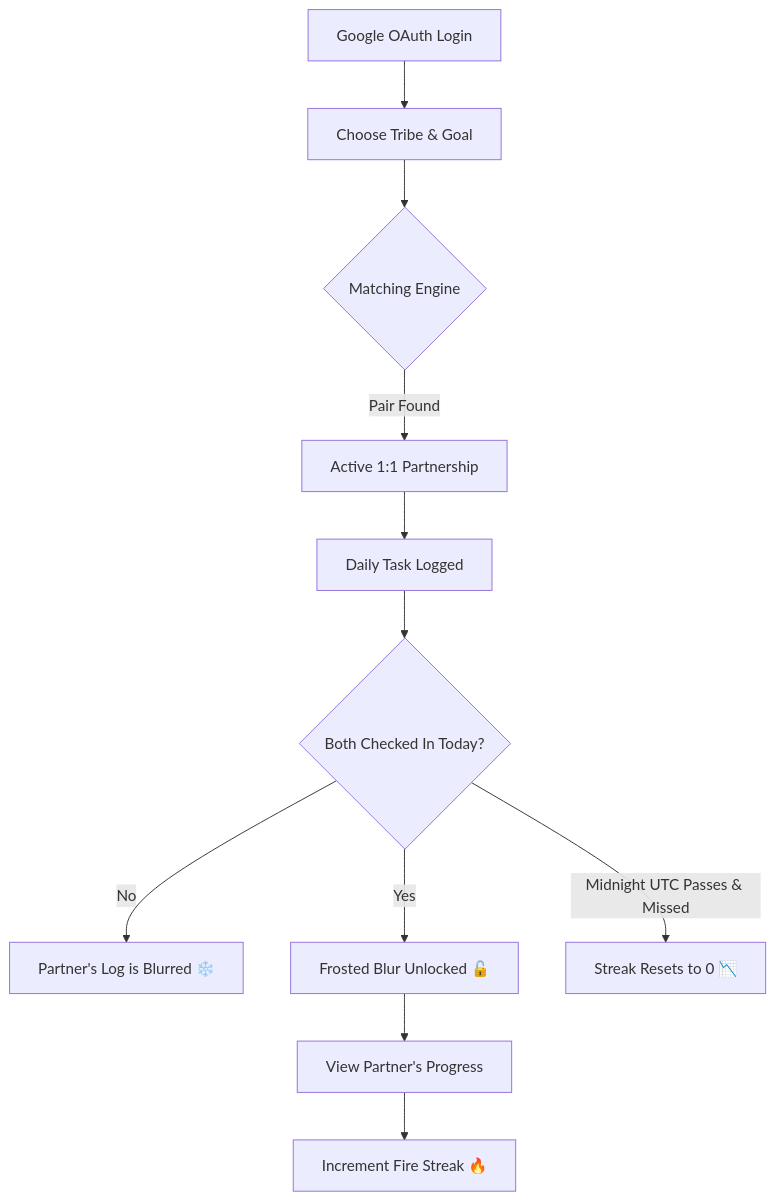
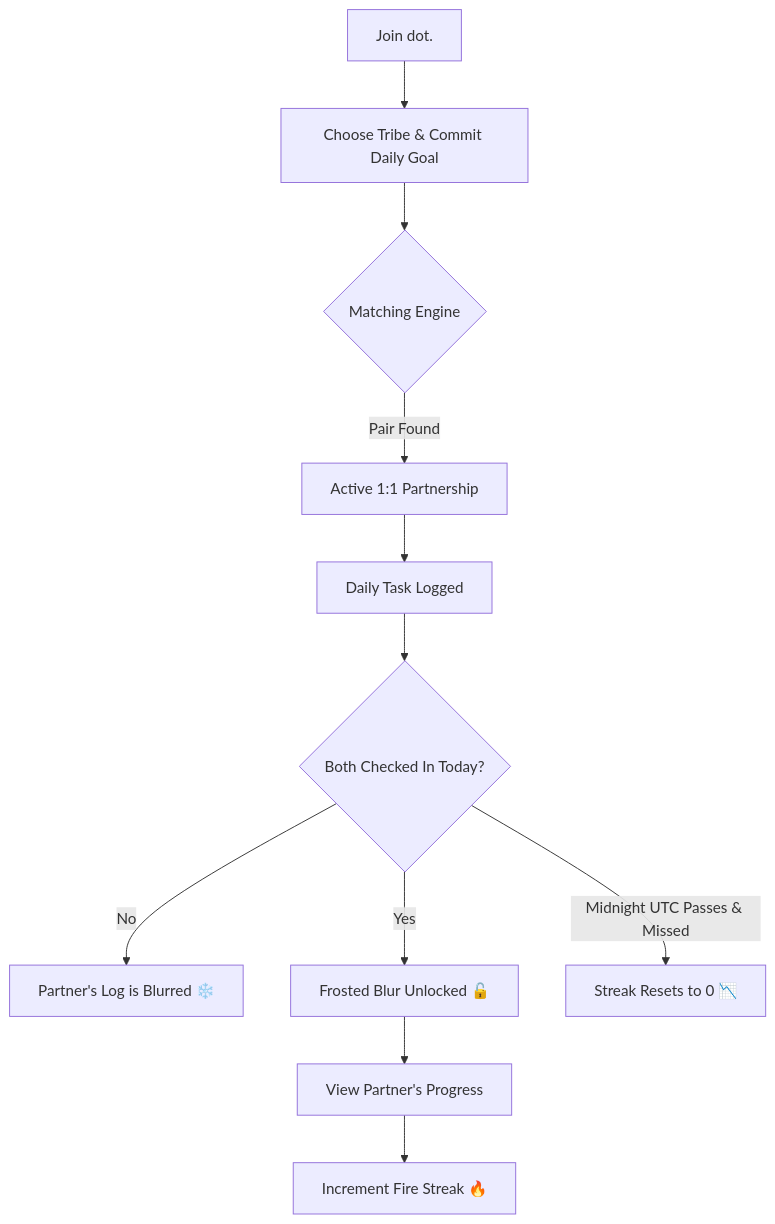
Before and after one commit to subxm/dot: the diagram in README.md, drawn with Mermaid. The commit also changed other lines of this file, not shown here.

````diff
--- a/README.md
+++ b/README.md
@@ -42,13 +35,13 @@
 ```mermaid
 flowchart TD
-    A[Google OAuth Login] --> B[Choose Tribe & Goal]
+    A[Join dot.] --> B[Choose Tribe & Commit Daily Goal]
     B --> C{Matching Engine}
     C -->|Pair Found| D[Active 1:1 Partnership]
     D --> E[Daily Task Logged]
     E --> F{Both Checked In Today?}
     F -->|No| G[Partner's Log is Blurred ❄️]
     F -->|Yes| H[Frosted Blur Unlocked 🔓]
     H --> I[View Partner's Progress]
     I --> J[Increment Fire Streak 🔥]
     F -->|Midnight UTC Passes & Missed| K[Streak Resets to 0 📉]
 ```
````
